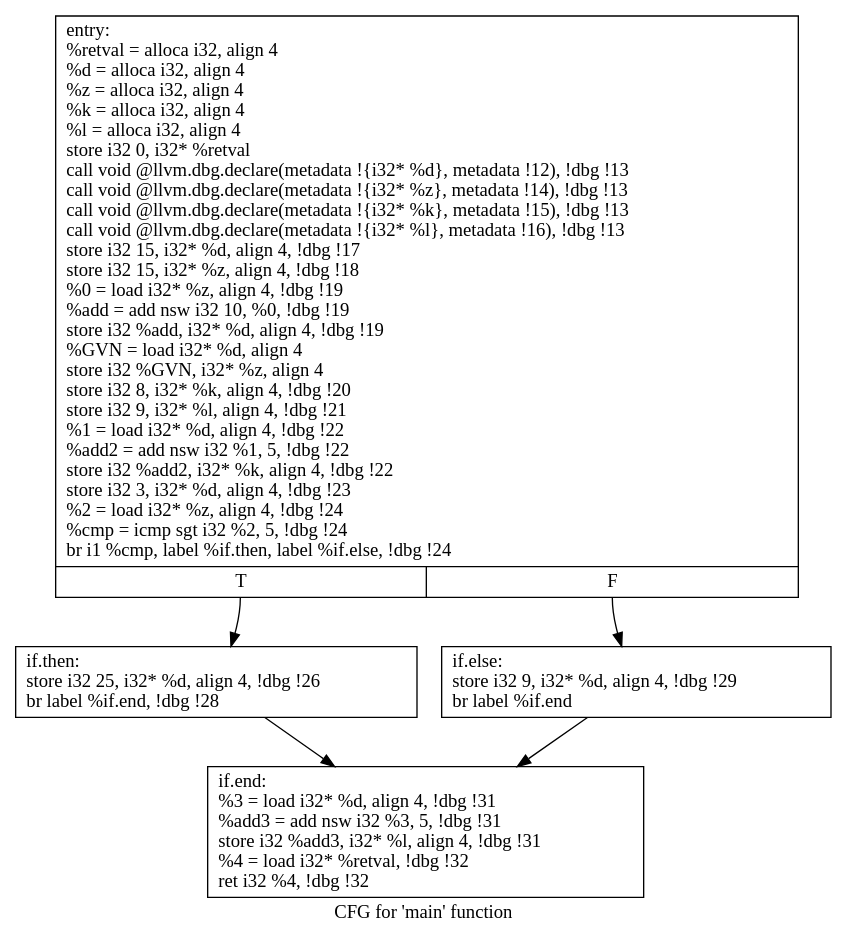
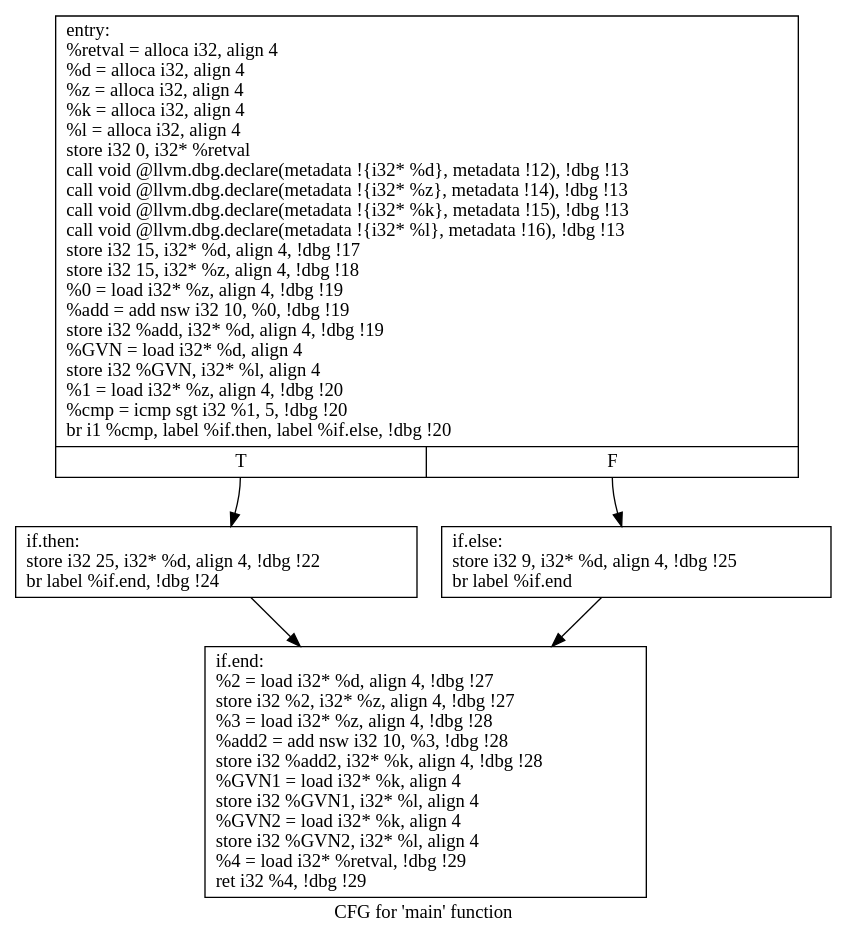
One commit to ddr2108/CS6241-Array_Bounding changed the diagram in Work/Pass/Part 3/Part 3.2/cfg.main.dot. Above: the diagram before and after it, drawn with Graphviz. The commit also changed 4 other files, not shown here.

```diff
--- a/Work/Pass/Part 3/Part 3.2/cfg.main.dot
+++ b/Work/Pass/Part 3/Part 3.2/cfg.main.dot
@@ -1,12 +1,12 @@
 digraph "CFG for 'main' function" {
 	label="CFG for 'main' function";
 
-	Node0x2c5ace0 [shape=record,label="{entry:\l  %retval = alloca i32, align 4\l  %d = alloca i32, align 4\l  %z = alloca i32, align 4\l  %k = alloca i32, align 4\l  %l = alloca i32, align 4\l  store i32 0, i32* %retval\l  call void @llvm.dbg.declare(metadata !\{i32* %d\}, metadata !12), !dbg !13\l  call void @llvm.dbg.declare(metadata !\{i32* %z\}, metadata !14), !dbg !13\l  call void @llvm.dbg.declare(metadata !\{i32* %k\}, metadata !15), !dbg !13\l  call void @llvm.dbg.declare(metadata !\{i32* %l\}, metadata !16), !dbg !13\l  store i32 15, i32* %d, align 4, !dbg !17\l  store i32 15, i32* %z, align 4, !dbg !18\l  %0 = load i32* %z, align 4, !dbg !19\l  %add = add nsw i32 10, %0, !dbg !19\l  store i32 %add, i32* %d, align 4, !dbg !19\l  %GVN = load i32* %d, align 4\l  store i32 %GVN, i32* %z, align 4\l  store i32 8, i32* %k, align 4, !dbg !20\l  store i32 9, i32* %l, align 4, !dbg !21\l  %1 = load i32* %d, align 4, !dbg !22\l  %add2 = add nsw i32 %1, 5, !dbg !22\l  store i32 %add2, i32* %k, align 4, !dbg !22\l  store i32 3, i32* %d, align 4, !dbg !23\l  %2 = load i32* %z, align 4, !dbg !24\l  %cmp = icmp sgt i32 %2, 5, !dbg !24\l  br i1 %cmp, label %if.then, label %if.else, !dbg !24\l|{<s0>T|<s1>F}}"];
-	Node0x2c5ace0:s0 -> Node0x2c5a160;
-	Node0x2c5ace0:s1 -> Node0x2c567d0;
-	Node0x2c5a160 [shape=record,label="{if.then:                                          \l  store i32 25, i32* %d, align 4, !dbg !26\l  br label %if.end, !dbg !28\l}"];
-	Node0x2c5a160 -> Node0x2c56830;
-	Node0x2c567d0 [shape=record,label="{if.else:                                          \l  store i32 9, i32* %d, align 4, !dbg !29\l  br label %if.end\l}"];
-	Node0x2c567d0 -> Node0x2c56830;
-	Node0x2c56830 [shape=record,label="{if.end:                                           \l  %3 = load i32* %d, align 4, !dbg !31\l  %add3 = add nsw i32 %3, 5, !dbg !31\l  store i32 %add3, i32* %l, align 4, !dbg !31\l  %4 = load i32* %retval, !dbg !32\l  ret i32 %4, !dbg !32\l}"];
+	Node0x1ceace0 [shape=record,label="{entry:\l  %retval = alloca i32, align 4\l  %d = alloca i32, align 4\l  %z = alloca i32, align 4\l  %k = alloca i32, align 4\l  %l = alloca i32, align 4\l  store i32 0, i32* %retval\l  call void @llvm.dbg.declare(metadata !\{i32* %d\}, metadata !12), !dbg !13\l  call void @llvm.dbg.declare(metadata !\{i32* %z\}, metadata !14), !dbg !13\l  call void @llvm.dbg.declare(metadata !\{i32* %k\}, metadata !15), !dbg !13\l  call void @llvm.dbg.declare(metadata !\{i32* %l\}, metadata !16), !dbg !13\l  store i32 15, i32* %d, align 4, !dbg !17\l  store i32 15, i32* %z, align 4, !dbg !18\l  %0 = load i32* %z, align 4, !dbg !19\l  %add = add nsw i32 10, %0, !dbg !19\l  store i32 %add, i32* %d, align 4, !dbg !19\l  %GVN = load i32* %d, align 4\l  store i32 %GVN, i32* %l, align 4\l  %1 = load i32* %z, align 4, !dbg !20\l  %cmp = icmp sgt i32 %1, 5, !dbg !20\l  br i1 %cmp, label %if.then, label %if.else, !dbg !20\l|{<s0>T|<s1>F}}"];
+	Node0x1ceace0:s0 -> Node0x1cea160;
+	Node0x1ceace0:s1 -> Node0x1ceb3d0;
+	Node0x1cea160 [shape=record,label="{if.then:                                          \l  store i32 25, i32* %d, align 4, !dbg !22\l  br label %if.end, !dbg !24\l}"];
+	Node0x1cea160 -> Node0x1ce6850;
+	Node0x1ceb3d0 [shape=record,label="{if.else:                                          \l  store i32 9, i32* %d, align 4, !dbg !25\l  br label %if.end\l}"];
+	Node0x1ceb3d0 -> Node0x1ce6850;
+	Node0x1ce6850 [shape=record,label="{if.end:                                           \l  %2 = load i32* %d, align 4, !dbg !27\l  store i32 %2, i32* %z, align 4, !dbg !27\l  %3 = load i32* %z, align 4, !dbg !28\l  %add2 = add nsw i32 10, %3, !dbg !28\l  store i32 %add2, i32* %k, align 4, !dbg !28\l  %GVN1 = load i32* %k, align 4\l  store i32 %GVN1, i32* %l, align 4\l  %GVN2 = load i32* %k, align 4\l  store i32 %GVN2, i32* %l, align 4\l  %4 = load i32* %retval, !dbg !29\l  ret i32 %4, !dbg !29\l}"];
 }
```
